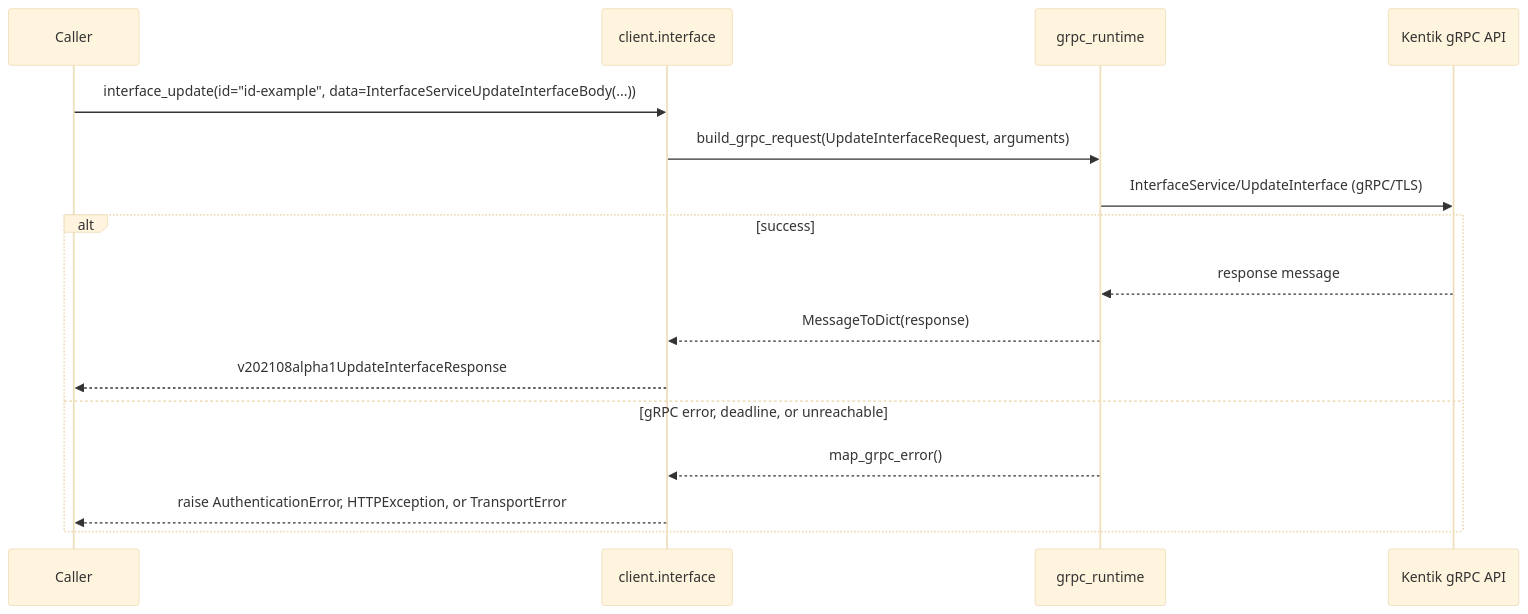
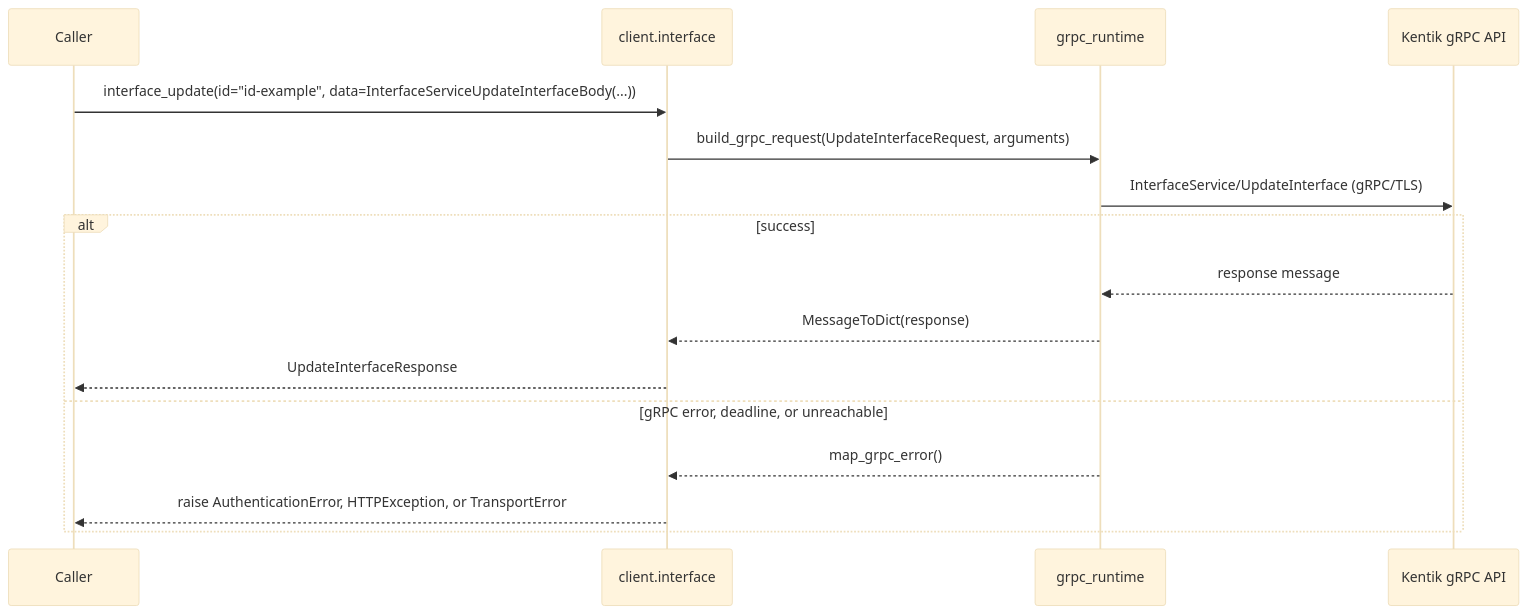
Before and after one commit to alexdearaujo/community_sdk_python: the ninth of 14 diagrams in docs/sphinx/services/interface.md, drawn with Mermaid (base theme). The commit also changed other lines of this file and 38 other files, not shown here.

````diff
--- a/docs/sphinx/services/interface.md
+++ b/docs/sphinx/services/interface.md
@@ -291,19 +291,19 @@
 ```mermaid
 sequenceDiagram
     participant C as Caller
     participant W as client.interface
     participant R as grpc_runtime
     participant API as Kentik gRPC API
 
     C->>W: interface_update(id="id-example", data=InterfaceServiceUpdateInterfaceBody(...))
     W->>R: build_grpc_request(UpdateInterfaceRequest, arguments)
     R->>API: InterfaceService/UpdateInterface (gRPC/TLS)
     alt success
         API-->>R: response message
         R-->>W: MessageToDict(response)
-        W-->>C: v202108alpha1UpdateInterfaceResponse
+        W-->>C: UpdateInterfaceResponse
     else gRPC error, deadline, or unreachable
         R-->>W: map_grpc_error()
         W-->>C: raise AuthenticationError, HTTPException, or TransportError
     end
 ```
````
